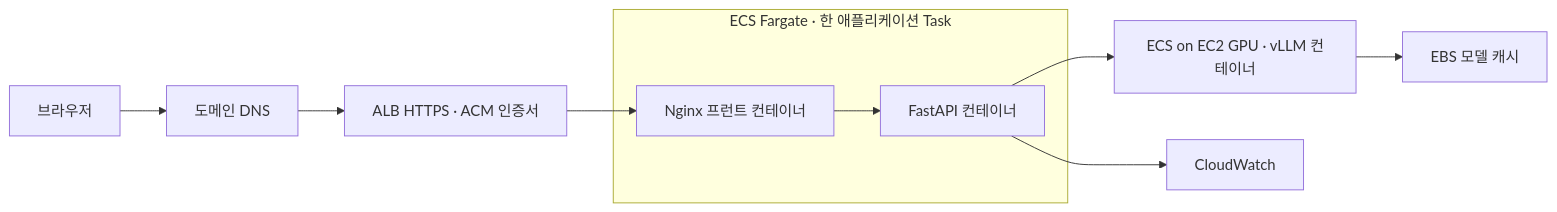
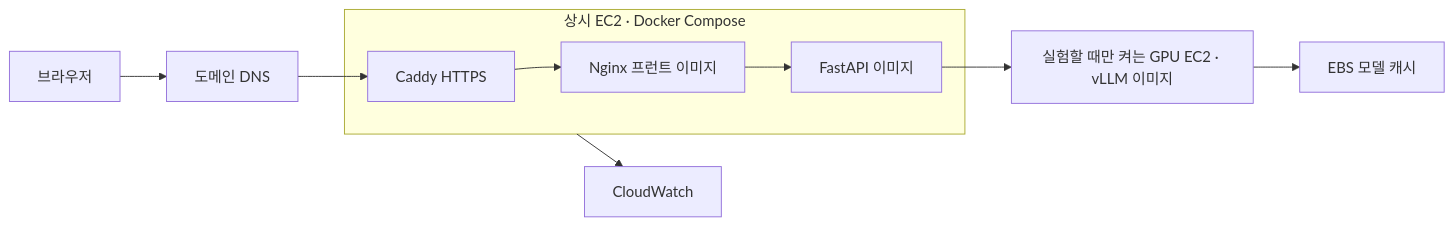
Before and after one commit to CLM-BONNY/orot-ai: the diagram in ai-study-site/deploy/README.md, drawn with Mermaid. The commit also changed other lines of this file and 29 other files, not shown here.

````diff
--- a/ai-study-site/deploy/README.md
+++ b/ai-study-site/deploy/README.md
@@ -9,12 +9,12 @@
 ```mermaid
 flowchart LR
     U[브라우저] --> D[도메인 DNS]
-    D --> ALB[ALB HTTPS · ACM 인증서]
-    ALB --> WEB[Nginx 프런트 컨테이너]
-    subgraph APP[ECS Fargate · 한 애플리케이션 Task]
-      WEB --> API[FastAPI 컨테이너]
+    D --> C[Caddy HTTPS]
+    subgraph CPU[상시 EC2 · Docker Compose]
+      C --> W[Nginx 프런트 이미지]
+      W --> A[FastAPI 이미지]
     end
-    API --> GPU[ECS on EC2 GPU · vLLM 컨테이너]
-    GPU --> DISK[EBS 모델 캐시]
-    API --> LOG[CloudWatch]
+    A --> G[실험할 때만 켜는 GPU EC2 · vLLM 이미지]
+    G --> E[EBS 모델 캐시]
+    CPU --> L[CloudWatch]
 ```
````
